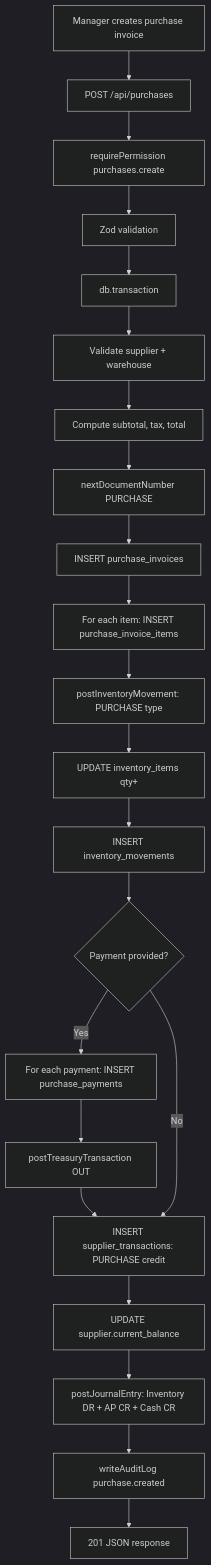
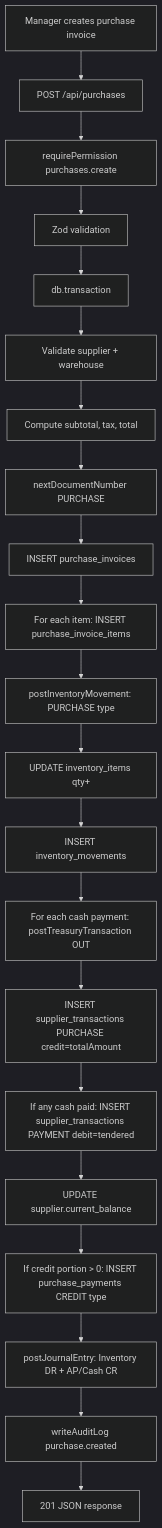
Before and after one commit to alydesouki/ERP: the third of 11 diagrams in documentation/Code-Flow.md, drawn with Mermaid (dark theme). The commit also changed other lines of this file and 10 other files, not shown here.

````diff
--- a/documentation/Code-Flow.md
+++ b/documentation/Code-Flow.md
@@ -89,24 +89,23 @@
 ```mermaid
 flowchart TD
     A[Manager creates purchase invoice] --> B[POST /api/purchases]
     B --> C[requirePermission purchases.create]
     C --> D[Zod validation]
     D --> E[db.transaction]
     E --> F[Validate supplier + warehouse]
     F --> G[Compute subtotal, tax, total]
     G --> H[nextDocumentNumber PURCHASE]
     H --> I[INSERT purchase_invoices]
     I --> J[For each item: INSERT purchase_invoice_items]
     J --> K[postInventoryMovement: PURCHASE type]
     K --> L[UPDATE inventory_items qty+]
     L --> M[INSERT inventory_movements]
-    M --> N{Payment provided?}
-    N -->|Yes| O[For each payment: INSERT purchase_payments]
-    O --> P[postTreasuryTransaction OUT]
-    P --> Q[INSERT supplier_transactions: PURCHASE credit]
-    Q --> R[UPDATE supplier.current_balance]
-    R --> S[postJournalEntry: Inventory DR + AP CR + Cash CR]
-    N -->|No| Q
+    M --> N[For each cash payment: postTreasuryTransaction OUT]
+    N --> O[INSERT supplier_transactions PURCHASE credit=totalAmount]
+    O --> P[If any cash paid: INSERT supplier_transactions PAYMENT debit=tendered]
+    P --> Q[UPDATE supplier.current_balance]
+    Q --> R[If credit portion > 0: INSERT purchase_payments CREDIT type]
+    R --> S[postJournalEntry: Inventory DR + AP/Cash CR]
     S --> T[writeAuditLog purchase.created]
     T --> U[201 JSON response]
 ```
````
